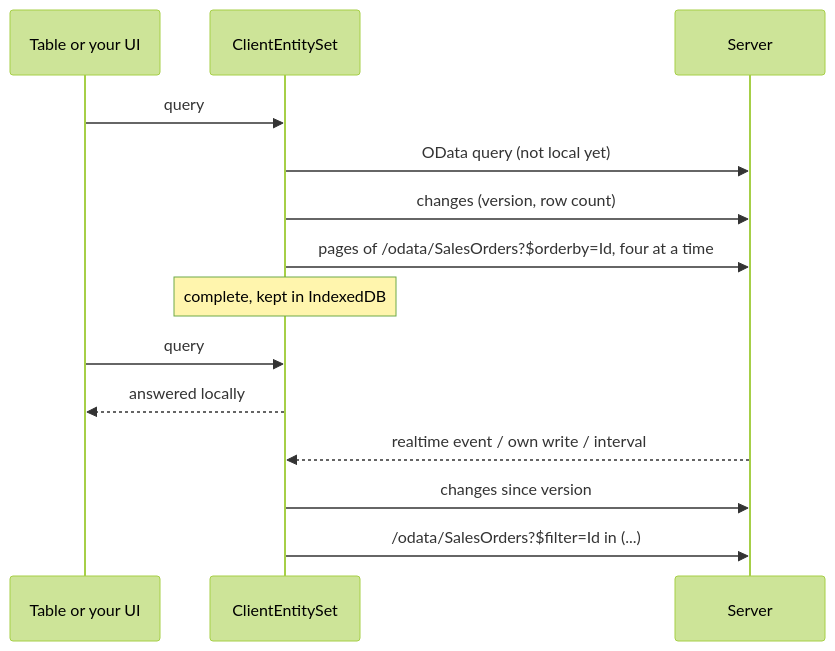
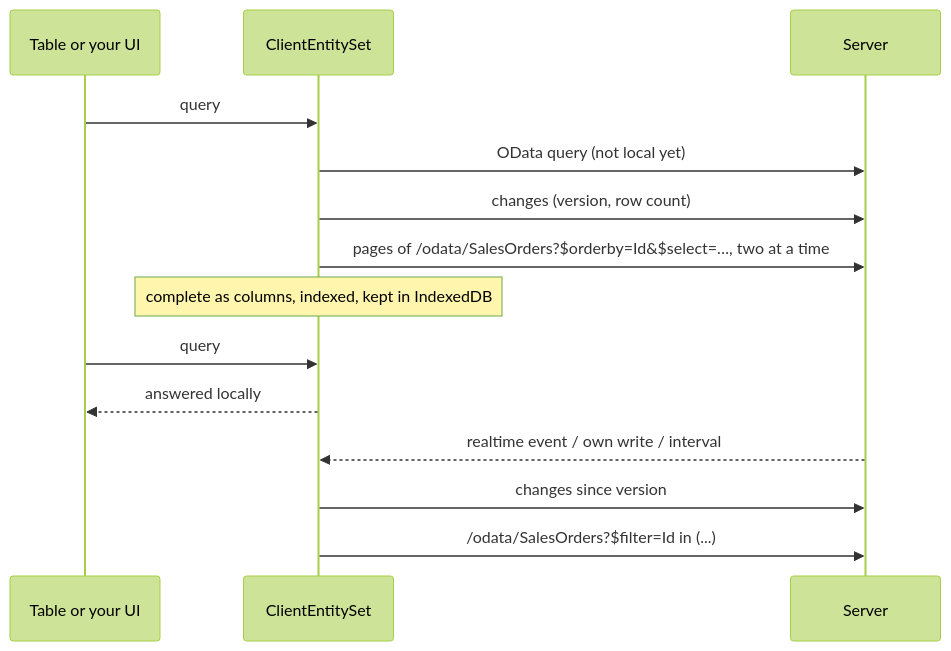
One commit to fgilde/CoworkeeLib changed the diagram in website/docs/ui/client-entities.md. Above: the diagram before and after it, drawn with Mermaid (forest theme). The commit also changed other lines of this file and 1 other file, not shown here.

````diff
--- a/website/docs/ui/client-entities.md
+++ b/website/docs/ui/client-entities.md
@@ -9,16 +9,16 @@
 ```mermaid
 sequenceDiagram
     participant T as Table or your UI
     participant S as ClientEntitySet
     participant API as Server
     T->>S: query
     S->>API: OData query (not local yet)
     S->>API: changes (version, row count)
-    S->>API: pages of /odata/SalesOrders?$orderby=Id, four at a time
-    Note over S: complete, kept in IndexedDB
+    S->>API: pages of /odata/SalesOrders?$orderby=Id&$select=…, two at a time
+    Note over S: complete as columns, indexed, kept in IndexedDB
     T->>S: query
     S-->>T: answered locally
     API-->>S: realtime event / own write / interval
     S->>API: changes since version
     S->>API: /odata/SalesOrders?$filter=Id in (...)
 ```
````
